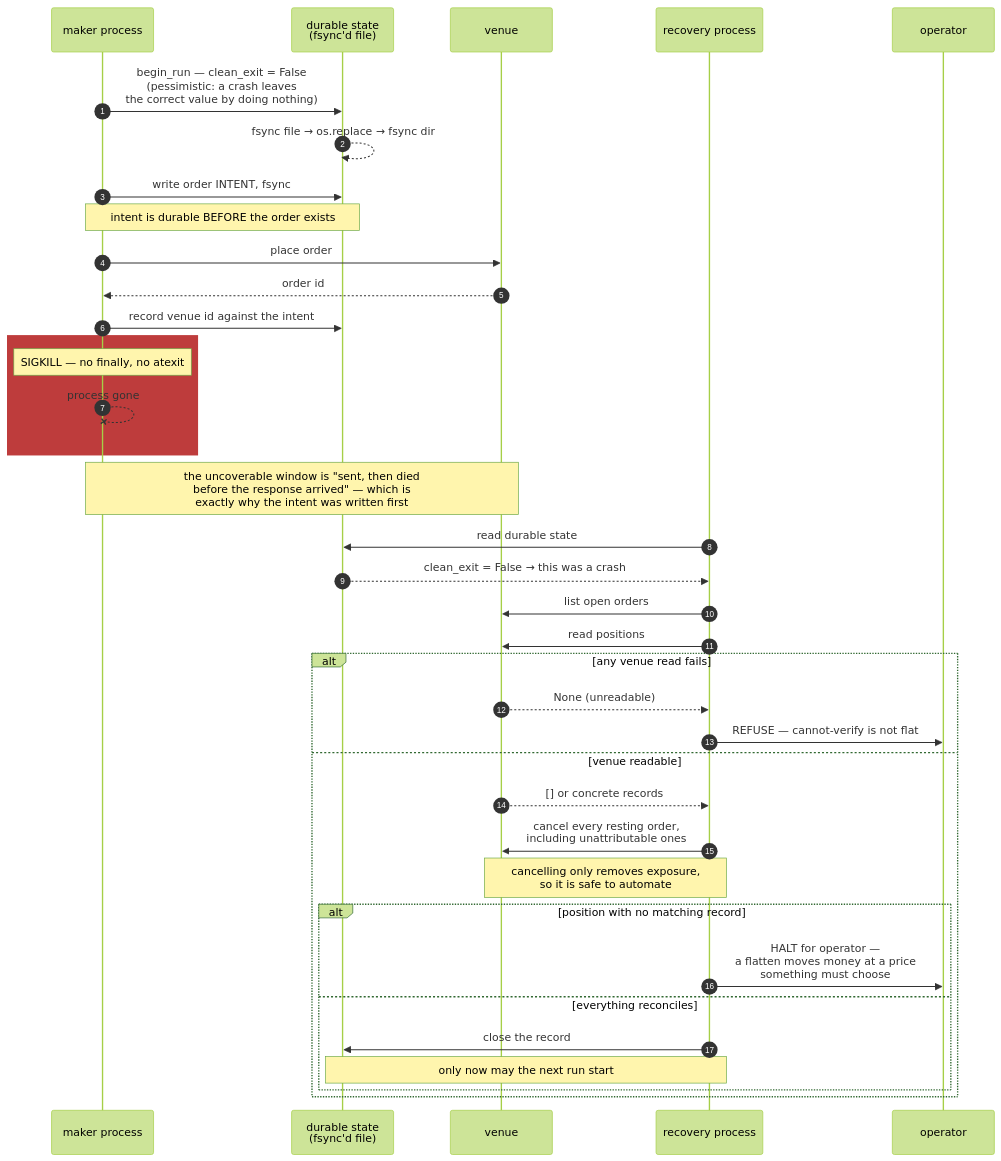
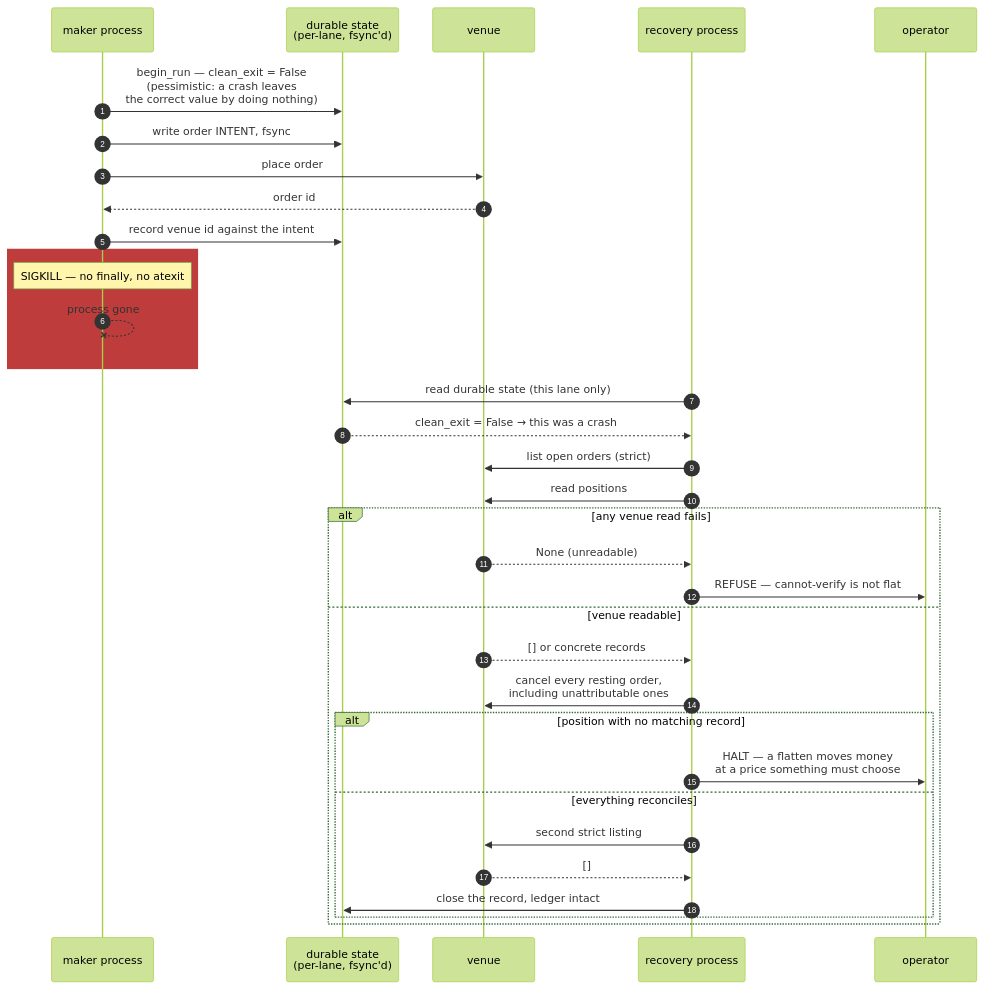
One commit to spencerfletcher/market-maker changed the second of 2 diagrams in ARCHITECTURE.md. Above: the diagram before and after it, drawn with Mermaid (forest theme). The commit also changed other lines of this file and 115 other files, not shown here.

````diff
--- a/ARCHITECTURE.md
+++ b/ARCHITECTURE.md
@@ -130,42 +173,39 @@
 ```mermaid
 sequenceDiagram
     autonumber
     participant M as maker process
-    participant D as durable state<br/>(fsync'd file)
+    participant D as durable state<br/>(per-lane, fsync'd)
     participant V as venue
     participant R as recovery process
     participant O as operator
 
     M->>D: begin_run — clean_exit = False<br/>(pessimistic: a crash leaves<br/>the correct value by doing nothing)
-    D-->>D: fsync file → os.replace → fsync dir
     M->>D: write order INTENT, fsync
-    Note over M,D: intent is durable BEFORE the order exists
     M->>V: place order
     V-->>M: order id
     M->>D: record venue id against the intent
 
     rect rgb(190, 60, 60)
         Note over M: SIGKILL — no finally, no atexit
         M--xM: process gone
     end
-    Note over M,V: the uncoverable window is "sent, then died<br/>before the response arrived" — which is<br/>exactly why the intent was written first
 
-    R->>D: read durable state
+    R->>D: read durable state (this lane only)
     D-->>R: clean_exit = False → this was a crash
-    R->>V: list open orders
+    R->>V: list open orders (strict)
     R->>V: read positions
     alt any venue read fails
         V-->>R: None (unreadable)
         R->>O: REFUSE — cannot-verify is not flat
     else venue readable
         V-->>R: [] or concrete records
         R->>V: cancel every resting order,<br/>including unattributable ones
-        Note over R,V: cancelling only removes exposure,<br/>so it is safe to automate
         alt position with no matching record
-            R->>O: HALT for operator —<br/>a flatten moves money at a price<br/>something must choose
+            R->>O: HALT — a flatten moves money<br/>at a price something must choose
         else everything reconciles
-            R->>D: close the record
-            Note over R,D: only now may the next run start
+            R->>V: second strict listing
+            V-->>R: []
+            R->>D: close the record, ledger intact
         end
     end
 ```
````
